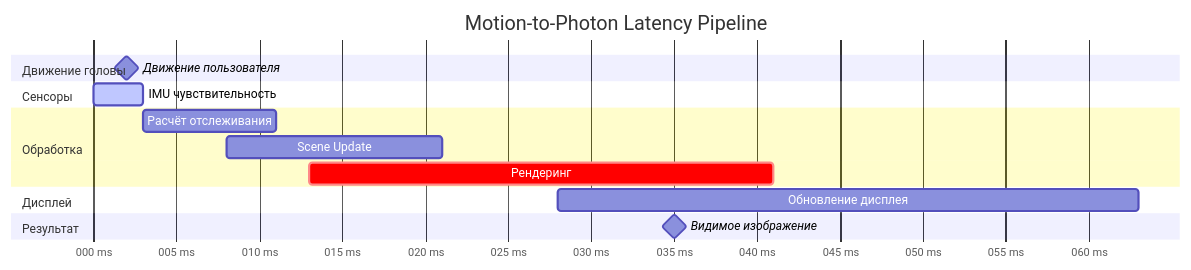
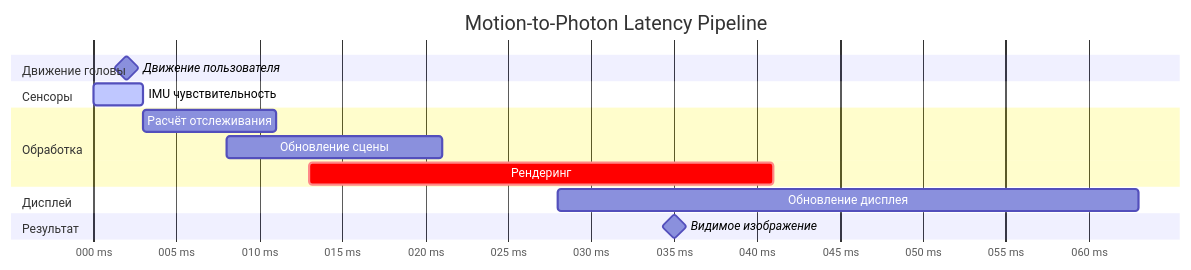
The tenth of 10 diagrams in seminar-10-ar-and-vr/q4-ar-vr-tools.md (Marya-ya/information-systems-and-tech), drawn with Mermaid before and after one commit.

Commit message:
подправил конспект х4

````diff
--- a/seminar-10-ar-and-vr/q4-ar-vr-tools.md
+++ b/seminar-10-ar-and-vr/q4-ar-vr-tools.md
@@ -568,23 +568,23 @@
 ```mermaid
 gantt
     title Motion-to-Photon Latency Pipeline
     dateFormat X
     axisFormat %L ms
     
     section Движение головы
     Движение пользователя :milestone, m1, 2, 0ms
     
     section Сенсоры
     IMU чувствительность :active, s1, 0, 3ms
     
     section Обработка
     Расчёт отслеживания :s2, 3, 8ms
-    Scene Update :s3, 8, 13ms
+    Обновление сцены :s3, 8, 13ms
     Рендеринг :crit, s4, 13, 28ms
     
     section Дисплей
     Обновление дисплея :s5, 28, 35ms
     
     section Результат
     Видимое изображение :milestone, m2, 35, 0ms
 ```
````
